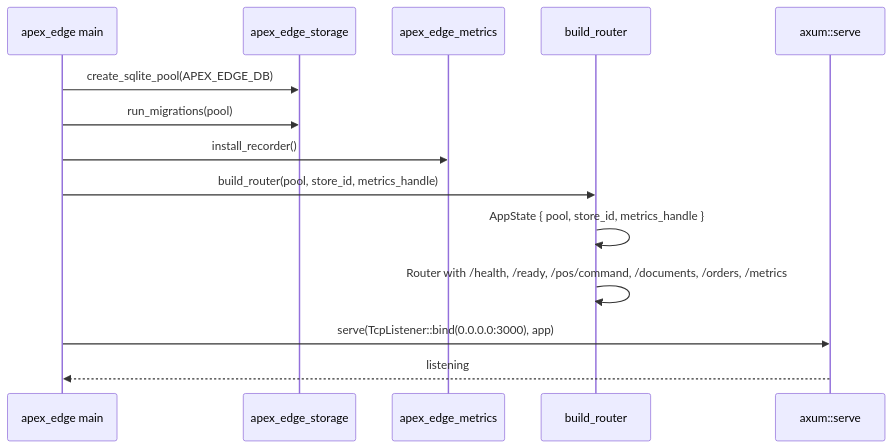
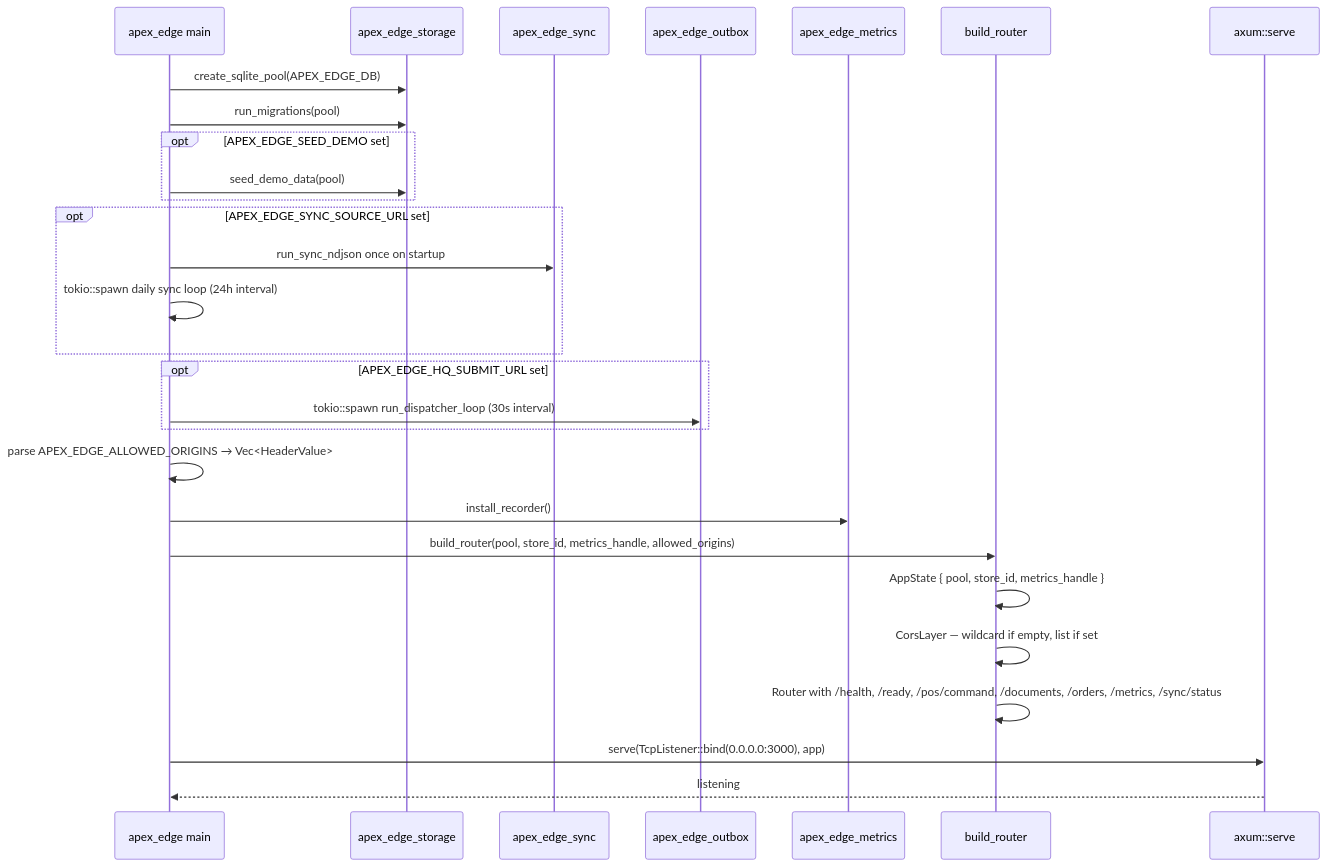
One commit to AncientiCe/apex-edge changed the second of 11 diagrams in docs/architecture/README.md. Above: the diagram before and after it, drawn with Mermaid. The commit also changed other lines of this file and 39 other files, not shown here.

````diff
--- a/docs/architecture/README.md
+++ b/docs/architecture/README.md
@@ -51,16 +51,30 @@
 ```mermaid
 sequenceDiagram
     participant Main as apex_edge main
     participant Storage as apex_edge_storage
+    participant Sync as apex_edge_sync
+    participant Outbox as apex_edge_outbox
     participant Metrics as apex_edge_metrics
     participant App as build_router
     participant Axum as axum::serve
     Main->>Storage: create_sqlite_pool(APEX_EDGE_DB)
     Main->>Storage: run_migrations(pool)
+    opt APEX_EDGE_SEED_DEMO set
+        Main->>Storage: seed_demo_data(pool)
+    end
+    opt APEX_EDGE_SYNC_SOURCE_URL set
+        Main->>Sync: run_sync_ndjson once on startup
+        Main->>Main: tokio::spawn daily sync loop (24h interval)
+    end
+    opt APEX_EDGE_HQ_SUBMIT_URL set
+        Main->>Outbox: tokio::spawn run_dispatcher_loop (30s interval)
+    end
+    Main->>Main: parse APEX_EDGE_ALLOWED_ORIGINS → Vec<HeaderValue>
     Main->>Metrics: install_recorder()
-    Main->>App: build_router(pool, store_id, metrics_handle)
+    Main->>App: build_router(pool, store_id, metrics_handle, allowed_origins)
     App->>App: AppState { pool, store_id, metrics_handle }
-    App->>App: Router with /health, /ready, /pos/command, /documents, /orders, /metrics
+    App->>App: CorsLayer — wildcard if empty, list if set
+    App->>App: Router with /health, /ready, /pos/command, /documents, /orders, /metrics, /sync/status
     Main->>Axum: serve(TcpListener::bind(0.0.0.0:3000), app)
     Axum-->>Main: listening
 ```
````
